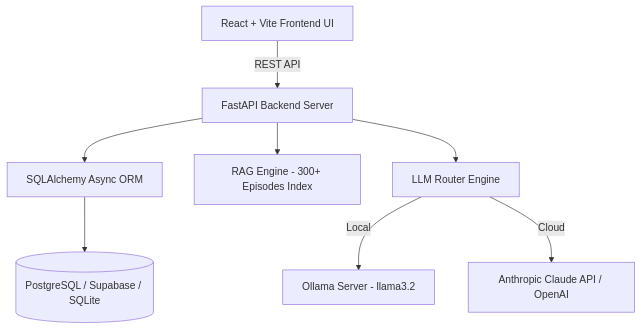
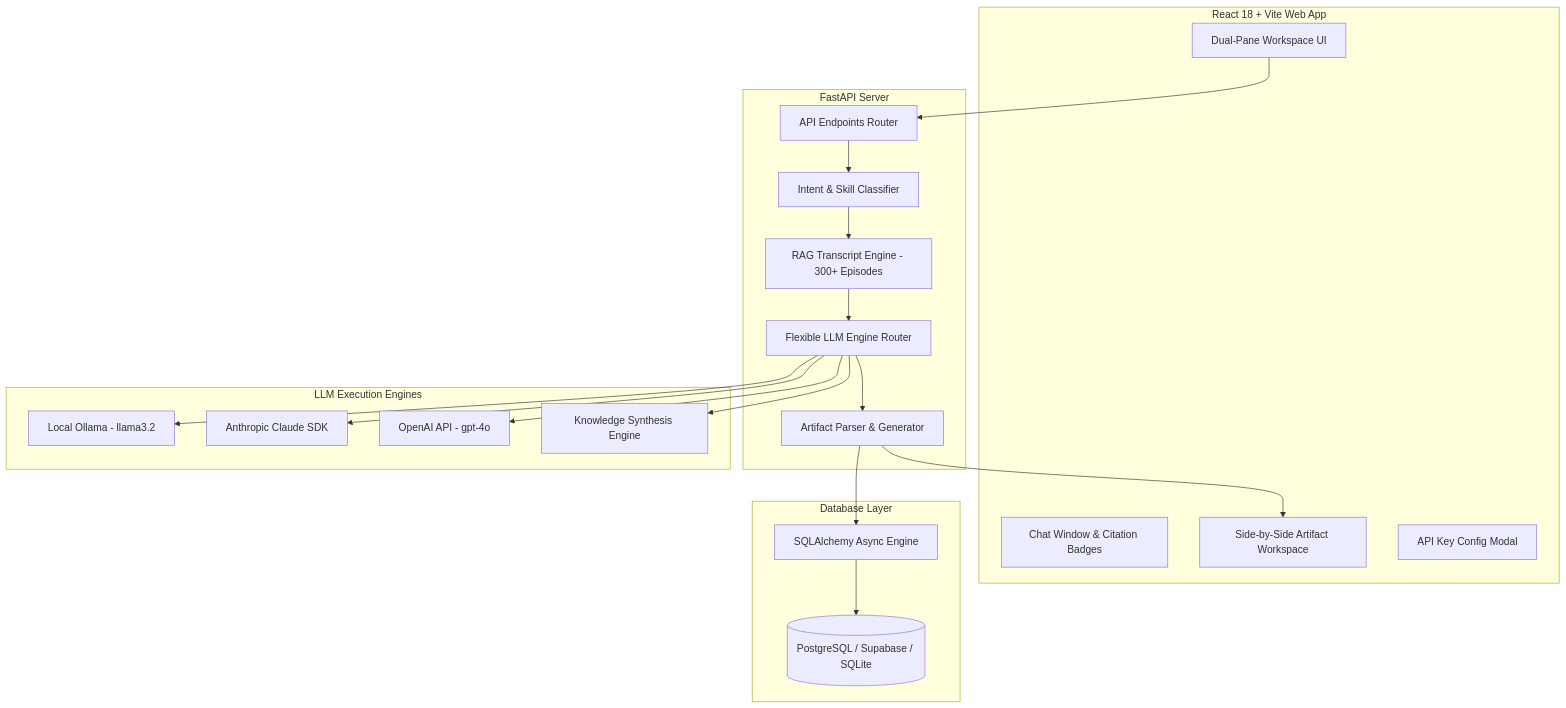
Before and after one commit to Sahanakalaiselvan/Lenny-growth-assistant: the first of 2 diagrams in README.md, drawn with Mermaid. The commit also changed other lines of this file, not shown here.

Commit message:
Enhance README.md with professional documentation, tech badges, and video section

````diff
--- a/README.md
+++ b/README.md
@@ -33,10 +52,42 @@
 ```mermaid
-graph TD
-    A[React + Vite Frontend UI] -->|REST API| B[FastAPI Backend Server]
-    B --> C[SQLAlchemy Async ORM]
-    C --> D[(PostgreSQL / Supabase / SQLite)]
-    B --> E[RAG Engine - 300+ Episodes Index]
-    B --> F[LLM Router Engine]
-    F -->|Local| G[Ollama Server - llama3.2]
-    F -->|Cloud| H[Anthropic Claude API / OpenAI]
+graph TB
+    subgraph Frontend [React 18 + Vite Web App]
+        UI[Dual-Pane Workspace UI]
+        Chat[Chat Window & Citation Badges]
+        ArtView[Side-by-Side Artifact Workspace]
+        KeyModal[API Key Config Modal]
+    end
+
+    subgraph Backend [FastAPI Server]
+        Router[API Endpoints Router]
+        Classify[Intent & Skill Classifier]
+        RAG[RAG Transcript Engine - 300+ Episodes]
+        LLMRouter[Flexible LLM Engine Router]
+        ArtExtract[Artifact Parser & Generator]
+    end
+
+    subgraph DB [Database Layer]
+        ORM[SQLAlchemy Async Engine]
+        Database[(PostgreSQL / Supabase / SQLite)]
+    end
+
+    subgraph LLM_Engines [LLM Execution Engines]
+        Ollama[Local Ollama - llama3.2]
+        Claude[Anthropic Claude SDK]
+        OpenAI[OpenAI API - gpt-4o]
+        Fallback[Knowledge Synthesis Engine]
+    end
+
+    UI --> Router
+    Router --> Classify
+    Classify --> RAG
+    RAG --> LLMRouter
+    LLMRouter --> Ollama
+    LLMRouter --> Claude
+    LLMRouter --> OpenAI
+    LLMRouter --> Fallback
+    LLMRouter --> ArtExtract
+    ArtExtract --> ORM
+    ORM --> Database
+    ArtExtract --> ArtView
 ```
````
